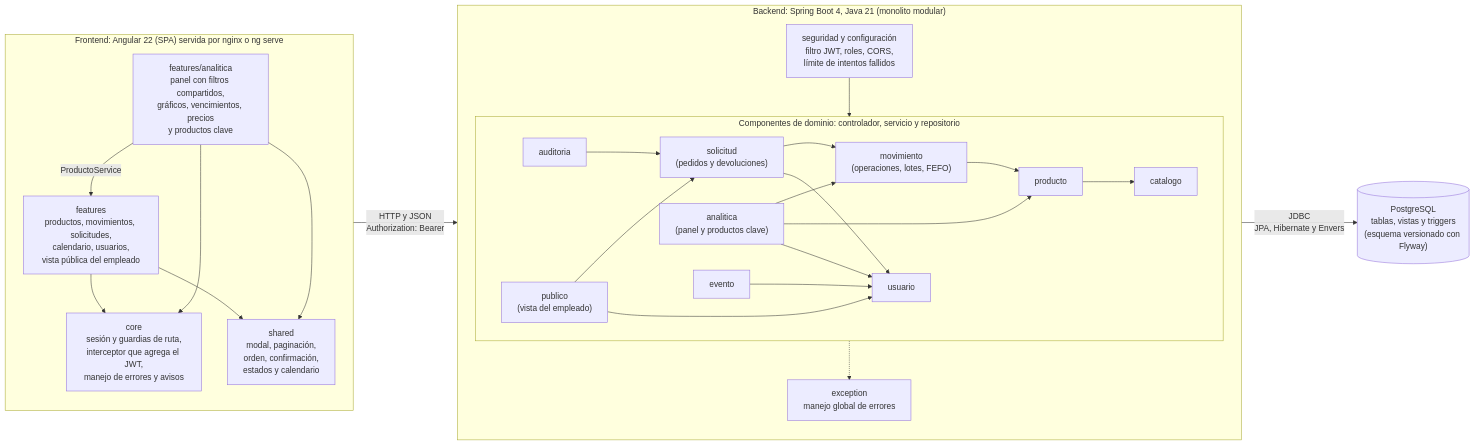
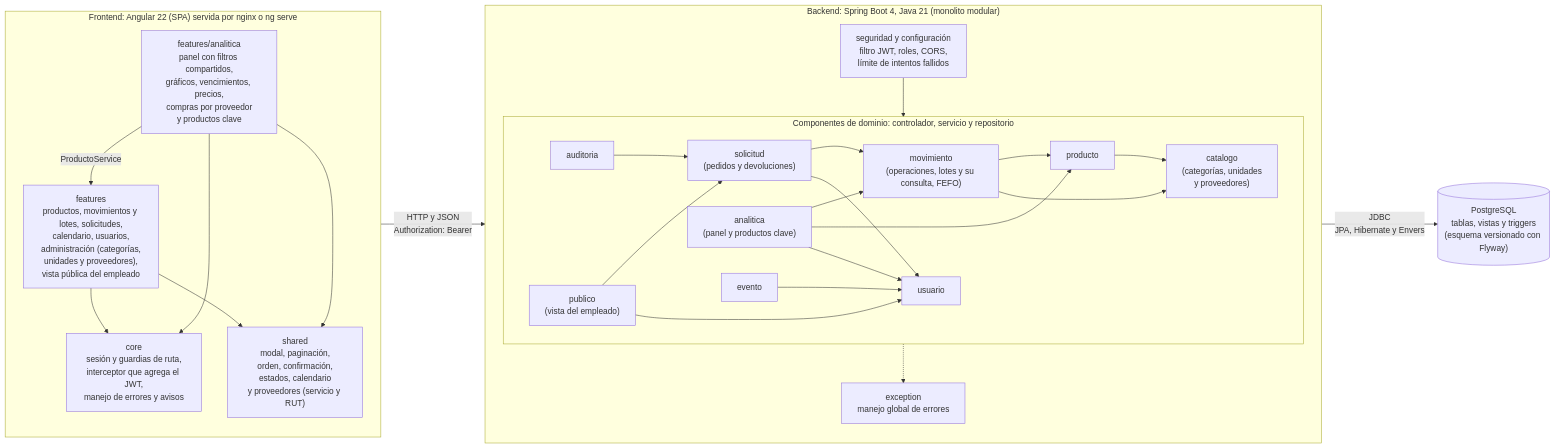
Before and after one commit to ezequielesq/SAN-BERNARDO-MALLEN-GONZALEZ-PTY4614-002D-EQUIPO-3: the sixth of 6 diagrams in FASE 2/EVIDENCIAS PROYECTO/EVIDENCIAS DE DOCUMENTACIÓN/08-DIAGRAMAS-UML.md, drawn with Mermaid. The commit also changed other lines of this file and 6 other files, not shown here.

Commit message:
docs(modelo): proveedores, lotes.proveedor_id y diagramas actualizados (iteración 6)

````diff
--- a/FASE 2/EVIDENCIAS PROYECTO/EVIDENCIAS DE DOCUMENTACIÓN/08-DIAGRAMAS-UML.md
+++ b/FASE 2/EVIDENCIAS PROYECTO/EVIDENCIAS DE DOCUMENTACIÓN/08-DIAGRAMAS-UML.md
@@ -322,51 +335,52 @@
 ```mermaid
 flowchart LR
     subgraph FE["Frontend: Angular 22 (SPA) servida por nginx o ng serve"]
         direction TB
         FCORE["core<br/>sesión y guardias de ruta,<br/>interceptor que agrega el JWT,<br/>manejo de errores y avisos"]
-        FFEAT["features<br/>productos, movimientos, solicitudes,<br/>calendario, usuarios,<br/>vista pública del empleado"]
-        FANA["features/analitica<br/>panel con filtros compartidos,<br/>gráficos, vencimientos, precios<br/>y productos clave"]
-        FSH["shared<br/>modal, paginación,<br/>orden, confirmación,<br/>estados y calendario"]
+        FFEAT["features<br/>productos, movimientos y lotes, solicitudes,<br/>calendario, usuarios,<br/>administración (categorías,<br/>unidades y proveedores),<br/>vista pública del empleado"]
+        FANA["features/analitica<br/>panel con filtros compartidos,<br/>gráficos, vencimientos, precios,<br/>compras por proveedor<br/>y productos clave"]
+        FSH["shared<br/>modal, paginación,<br/>orden, confirmación,<br/>estados, calendario<br/>y proveedores (servicio y RUT)"]
         FFEAT --> FCORE
         FFEAT --> FSH
         FANA --> FCORE
         FANA --> FSH
         FANA -- "ProductoService" --> FFEAT
     end
 
     subgraph BE["Backend: Spring Boot 4, Java 21 (monolito modular)"]
         direction TB
         SEC["seguridad y configuración<br/>filtro JWT, roles, CORS,<br/>límite de intentos fallidos"]
         subgraph DOM["Componentes de dominio: controlador, servicio y repositorio"]
             direction LR
             PRO["producto"]
-            CAT["catalogo"]
-            MOV["movimiento<br/>(operaciones, lotes, FEFO)"]
+            CAT["catalogo<br/>(categorías, unidades<br/>y proveedores)"]
+            MOV["movimiento<br/>(operaciones, lotes y su consulta, FEFO)"]
             SOL["solicitud<br/>(pedidos y devoluciones)"]
             USU["usuario"]
             EVE["evento"]
             ANA["analitica<br/>(panel y productos clave)"]
             AUD["auditoria"]
             PUB["publico<br/>(vista del empleado)"]
         end
         EXC["exception<br/>manejo global de errores"]
         SEC --> DOM
         DOM -.-> EXC
         PRO --> CAT
         MOV --> PRO
+        MOV --> CAT
         SOL --> MOV
         SOL --> USU
         ANA --> MOV
         ANA --> PRO
         ANA --> USU
         AUD --> SOL
         PUB --> SOL
         PUB --> USU
         EVE --> USU
     end
 
     DB[("PostgreSQL<br/>tablas, vistas y triggers<br/>(esquema versionado con Flyway)")]
 
     FCORE -- "HTTP y JSON<br/>Authorization: Bearer" --> SEC
     DOM -- "JDBC<br/>JPA, Hibernate y Envers" --> DB
 ```
````
